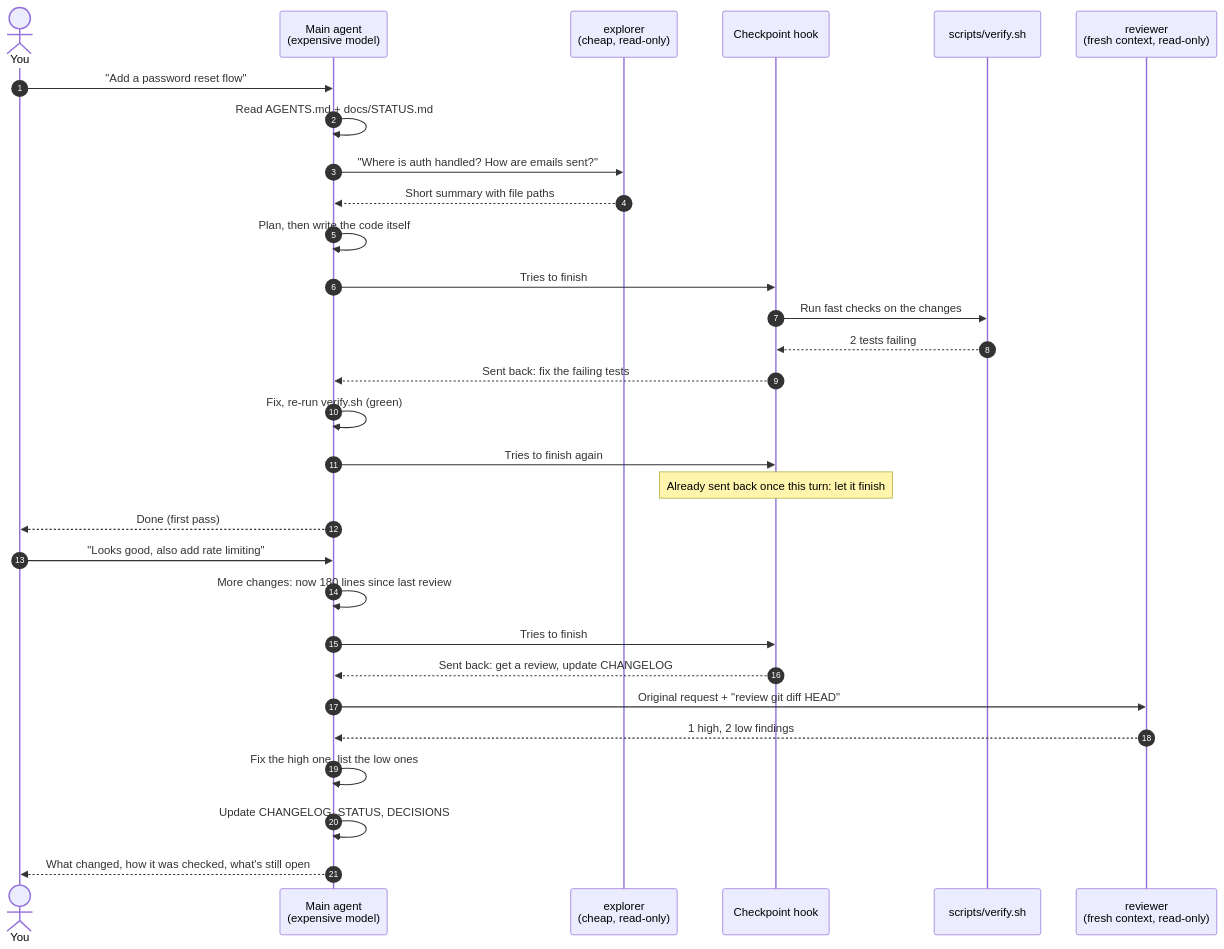
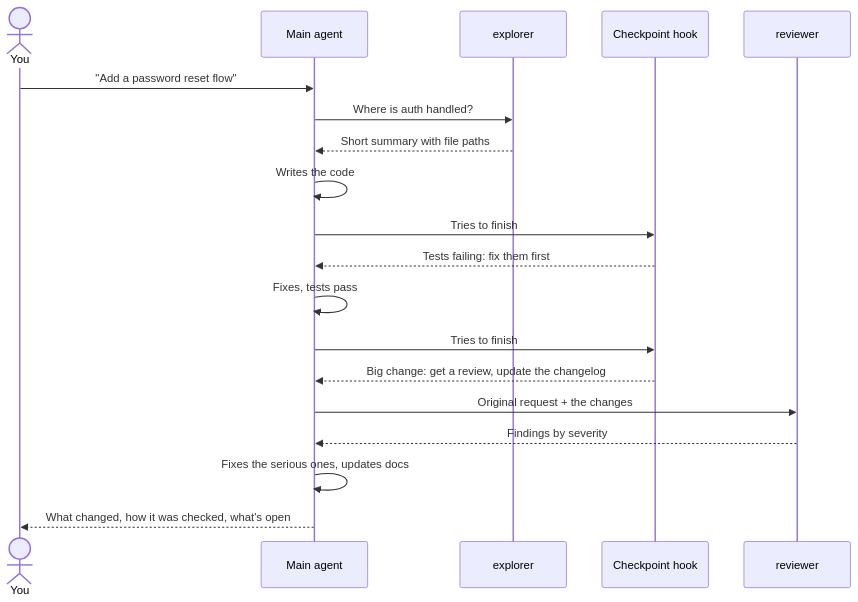
The second of 2 diagrams in README.md (Emanuelel/agent-setup), drawn with Mermaid before and after one commit. The commit also changed other lines of this file, not shown here.

Commit message:
Simplify README, keep intro edited on GitHub

````diff
--- a/README.md
+++ b/README.md
@@ -74,33 +30,22 @@
 ```mermaid
 sequenceDiagram
-    autonumber
     actor You
-    participant M as Main agent<br/>(expensive model)
-    participant E as explorer<br/>(cheap, read-only)
+    participant M as Main agent
+    participant E as explorer
     participant H as Checkpoint hook
-    participant V as scripts/verify.sh
-    participant R as reviewer<br/>(fresh context, read-only)
+    participant R as reviewer
 
     You->>M: "Add a password reset flow"
-    M->>M: Read AGENTS.md + docs/STATUS.md
-    M->>E: "Where is auth handled? How are emails sent?"
+    M->>E: Where is auth handled?
     E-->>M: Short summary with file paths
-    M->>M: Plan, then write the code itself
+    M->>M: Writes the code
     M->>H: Tries to finish
-    H->>V: Run fast checks on the changes
-    V-->>H: 2 tests failing
-    H-->>M: Sent back: fix the failing tests
-    M->>M: Fix, re-run verify.sh (green)
-    M->>H: Tries to finish again
-    Note over H: Already sent back once this turn: let it finish
-    M-->>You: Done (first pass)
-    You->>M: "Looks good, also add rate limiting"
-    M->>M: More changes: now 180 lines since last review
+    H-->>M: Tests failing: fix them first
+    M->>M: Fixes, tests pass
     M->>H: Tries to finish
-    H-->>M: Sent back: get a review, update CHANGELOG
-    M->>R: Original request + "review git diff HEAD"
-    R-->>M: 1 high, 2 low findings
-    M->>M: Fix the high one, list the low ones
-    M->>M: Update CHANGELOG, STATUS, DECISIONS
-    M-->>You: What changed, how it was checked, what's still open
+    H-->>M: Big change: get a review, update the changelog
+    M->>R: Original request + the changes
+    R-->>M: Findings by severity
+    M->>M: Fixes the serious ones, updates docs
+    M-->>You: What changed, how it was checked, what's open
 ```
````
